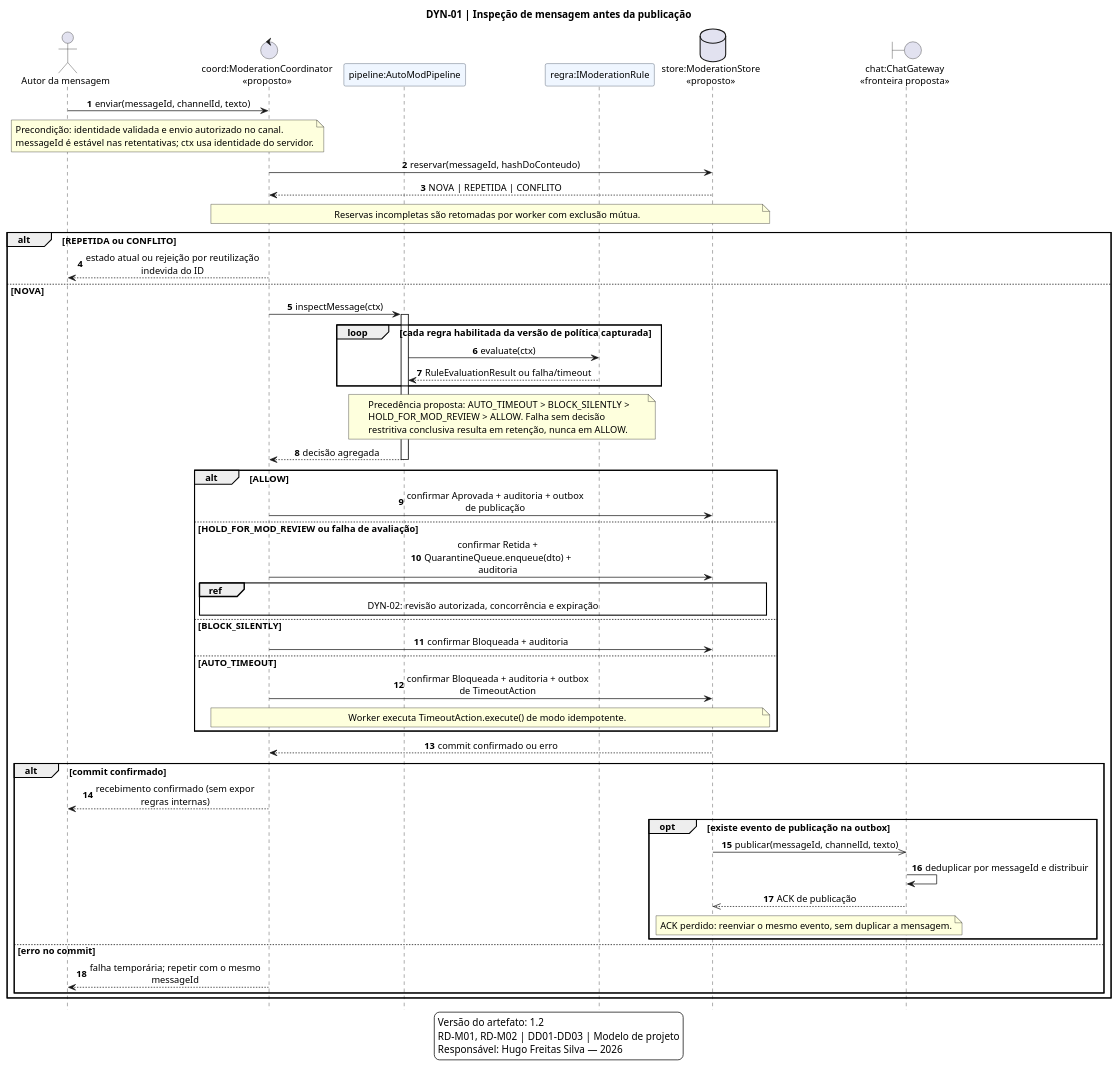
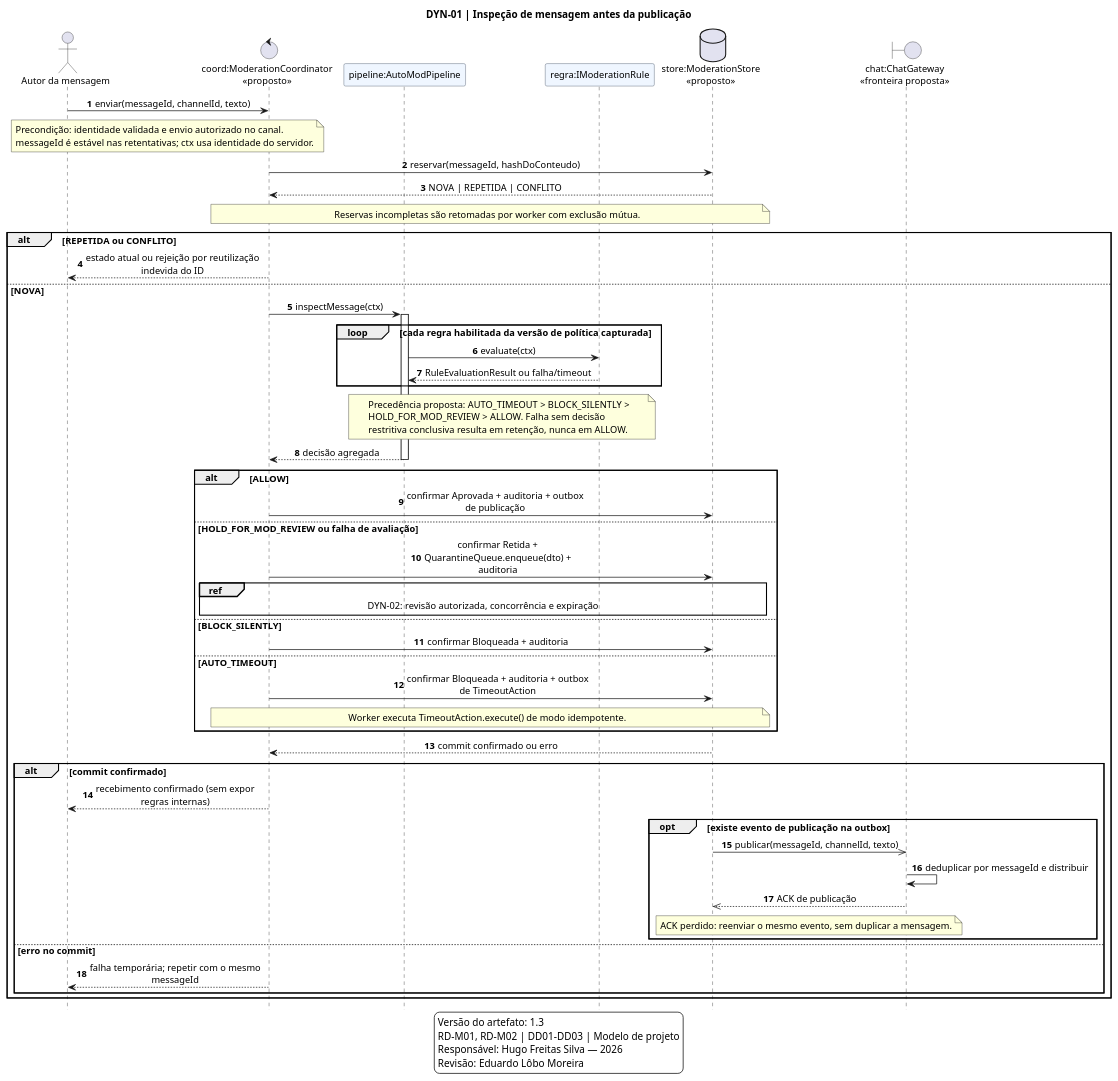
One commit to UnBArqDsw2026-2-Turma01/2026.2-T01-_G6_ProjetoStreamingVideo_Entrega_02 changed the diagram in docs/Base/Relatórios/1.1.3.SubEquipe_03/assets/src/dyn-01-sequencia-moderacao.puml. Above: the diagram before and after it, drawn with PlantUML. The commit also changed 23 other files, not shown here.

```diff
--- a/docs/Base/Relatórios/1.1.3.SubEquipe_03/assets/src/dyn-01-sequencia-moderacao.puml
+++ b/docs/Base/Relatórios/1.1.3.SubEquipe_03/assets/src/dyn-01-sequencia-moderacao.puml
@@ -1,72 +1,73 @@
 @startuml
 title DYN-01 | Inspeção de mensagem antes da publicação
 skinparam defaultFontName Arial
 skinparam backgroundColor #FFFFFF
 skinparam defaultFontSize 13
 skinparam shadowing false
 skinparam sequenceMessageAlign center
 skinparam maxMessageSize 260
 skinparam ParticipantBackgroundColor #EFF6FF
 skinparam ParticipantBorderColor #334155
 hide footbox
 autonumber
 actor "Autor da mensagem" as U
 control "coord:ModerationCoordinator\n«proposto»" as C
 participant "pipeline:AutoModPipeline" as P
 participant "regra:IModerationRule" as R
 database "store:ModerationStore\n«proposto»" as S
 boundary "chat:ChatGateway\n«fronteira proposta»" as G
 U -> C : enviar(messageId, channelId, texto)
 note over U,C
   Precondição: identidade validada e envio autorizado no canal.
   messageId é estável nas retentativas; ctx usa identidade do servidor.
 end note
 C -> S : reservar(messageId, hashDoConteudo)
 S --> C : NOVA | REPETIDA | CONFLITO
 note over C,S : Reservas incompletas são retomadas por worker com exclusão mútua.
 alt REPETIDA ou CONFLITO
   C --> U : estado atual ou rejeição por reutilização indevida do ID
 else NOVA
   C -> P : inspectMessage(ctx)
   activate P
   loop cada regra habilitada da versão de política capturada
     P -> R : evaluate(ctx)
     R --> P : RuleEvaluationResult ou falha/timeout
   end
   note over P,R
     Precedência proposta: AUTO_TIMEOUT > BLOCK_SILENTLY >
     HOLD_FOR_MOD_REVIEW > ALLOW. Falha sem decisão
     restritiva conclusiva resulta em retenção, nunca em ALLOW.
   end note
   P --> C : decisão agregada
   deactivate P
   alt ALLOW
     C -> S : confirmar Aprovada + auditoria + outbox de publicação
   else HOLD_FOR_MOD_REVIEW ou falha de avaliação
     C -> S : confirmar Retida + QuarantineQueue.enqueue(dto) + auditoria
     ref over C,S : DYN-02: revisão autorizada, concorrência e expiração
   else BLOCK_SILENTLY
     C -> S : confirmar Bloqueada + auditoria
   else AUTO_TIMEOUT
     C -> S : confirmar Bloqueada + auditoria + outbox de TimeoutAction
     note over C,S : Worker executa TimeoutAction.execute() de modo idempotente.
   end
   S --> C : commit confirmado ou erro
   alt commit confirmado
     C --> U : recebimento confirmado (sem expor regras internas)
     opt existe evento de publicação na outbox
       S ->> G : publicar(messageId, channelId, texto)
       G -> G : deduplicar por messageId e distribuir
       G -->> S : ACK de publicação
       note over S,G : ACK perdido: reenviar o mesmo evento, sem duplicar a mensagem.
     end
   else erro no commit
     C --> U : falha temporária; repetir com o mesmo messageId
   end
 end
 legend bottom
-  Versão do artefato: 1.2
+  Versão do artefato: 1.3
   RD-M01, RD-M02 | DD01–DD03 | Modelo de projeto
   Responsável: Hugo Freitas Silva — 2026
+  Revisão: Eduardo Lôbo Moreira
 endlegend
 @enduml
```
